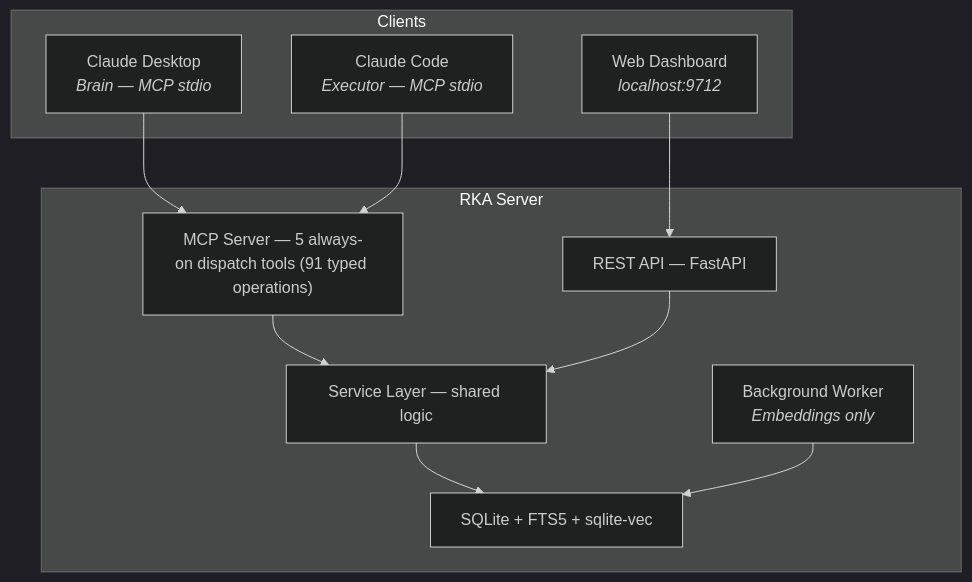
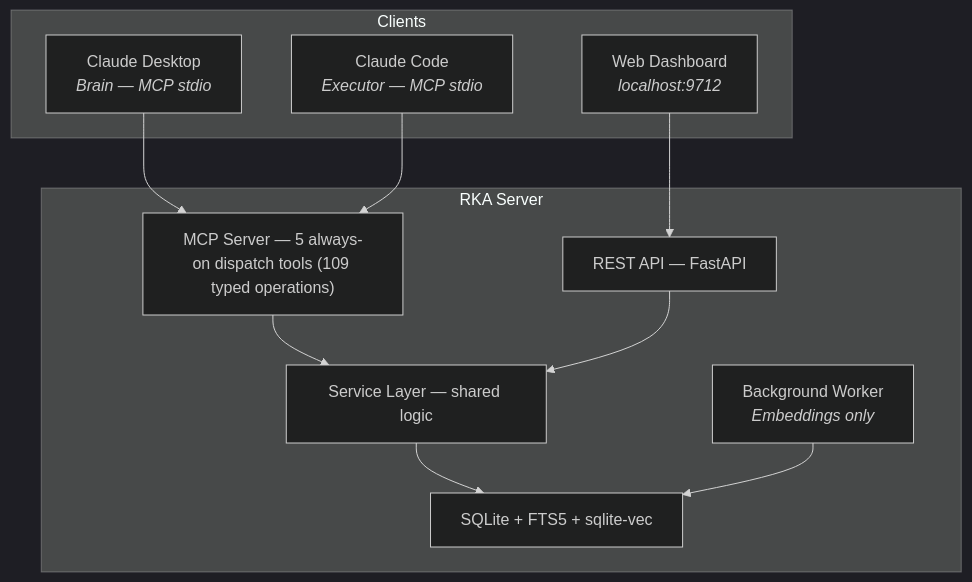
One commit to infinitywings/rka changed the fourth of 4 diagrams in README.md. Above: the diagram before and after it, drawn with Mermaid (dark theme). The commit also changed other lines of this file and 123 other files, not shown here.

````diff
--- a/README.md
+++ b/README.md
@@ -225,24 +225,24 @@
 ```mermaid
 graph TD
     subgraph Clients
         CD["Claude Desktop<br/><i>Brain — MCP stdio</i>"]
         CC["Claude Code<br/><i>Executor — MCP stdio</i>"]
         WEB["Web Dashboard<br/><i>localhost:9712</i>"]
     end
 
     subgraph "RKA Server"
-        MCP["MCP Server — 5 always-on dispatch tools (91 typed operations)"]
+        MCP["MCP Server — 5 always-on dispatch tools (109 typed operations)"]
         API["REST API — FastAPI"]
         SVC["Service Layer — shared logic"]
         DB["SQLite + FTS5 + sqlite-vec"]
         WORKER["Background Worker<br/><i>Embeddings only</i>"]
     end
 
     CD --> MCP
     CC --> MCP
     WEB --> API
     MCP --> SVC
     API --> SVC
     SVC --> DB
     WORKER --> DB
 ```
````
